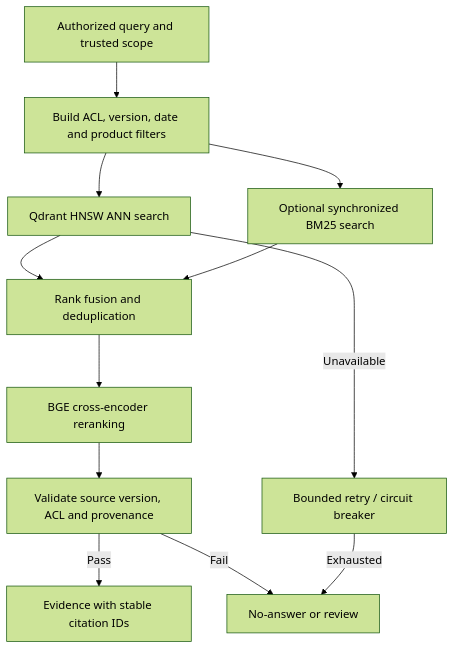
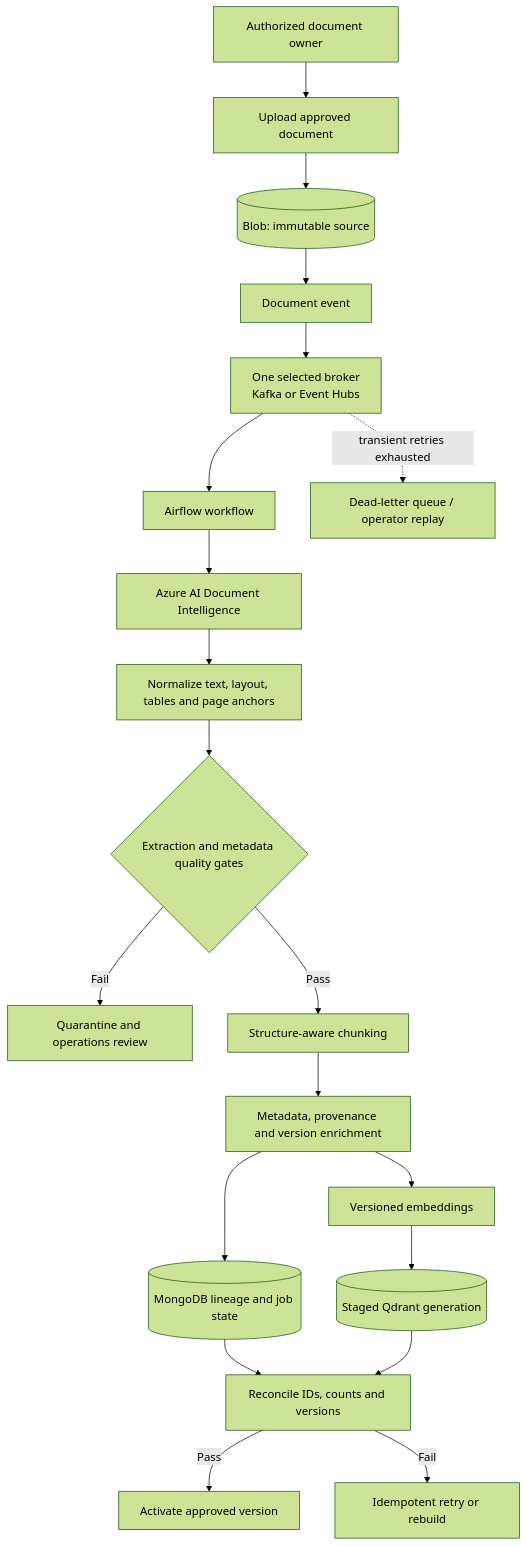
One commit to mithileshbhumca/InsuranceGenAI changed the third of 7 diagrams in rag-architecture.md. Above: the diagram before and after it, drawn with Mermaid (forest theme). The commit also changed other lines of this file and 1 other file, not shown here.

````diff
--- a/rag-architecture.md
+++ b/rag-architecture.md
@@ -332,14 +229,22 @@
 ```mermaid
 flowchart TD
-    QUERY[Authorized query and trusted scope] --> FILTER[Build ACL, version, date and product filters]
-    FILTER --> HNSW[Qdrant HNSW ANN search]
-    FILTER --> LEX[Optional synchronized BM25 search]
-    HNSW --> FUSE[Rank fusion and deduplication]
-    LEX --> FUSE
-    FUSE --> BGE[BGE cross-encoder reranking]
-    BGE --> VALID[Validate source version, ACL and provenance]
-    VALID -->|Pass| CONTEXT[Evidence with stable citation IDs]
-    VALID -->|Fail| ABSTAIN[No-answer or review]
-    HNSW -->|Unavailable| RETRY[Bounded retry / circuit breaker]
-    RETRY -->|Exhausted| ABSTAIN
+    ADMIN[Authorized document owner] --> UPLOAD[Upload approved document]
+    UPLOAD --> BLOB[(Blob: immutable source)]
+    BLOB --> EVENT[Document event]
+    EVENT --> BROKER[One selected broker<br/>Kafka or Event Hubs]
+    BROKER --> AIRFLOW[Airflow workflow]
+    AIRFLOW --> DI[Azure AI Document Intelligence]
+    DI --> NORMALIZE[Normalize text, layout, tables and page anchors]
+    NORMALIZE --> QUALITY{Extraction and metadata quality gates}
+    QUALITY -->|Fail| QUARANTINE[Quarantine and operations review]
+    QUALITY -->|Pass| CHUNK[Structure-aware chunking]
+    CHUNK --> META[Metadata, provenance and version enrichment]
+    META --> EMBED[Versioned embeddings]
+    META --> MONGO[(MongoDB lineage and job state)]
+    EMBED --> QDRANT[(Staged Qdrant generation)]
+    MONGO --> CHECK[Reconcile IDs, counts and versions]
+    QDRANT --> CHECK
+    CHECK -->|Pass| ACTIVE[Activate approved version]
+    CHECK -->|Fail| REPAIR[Idempotent retry or rebuild]
+    BROKER -. transient retries exhausted .-> DLQ[Dead-letter queue / operator replay]
 ```
````
